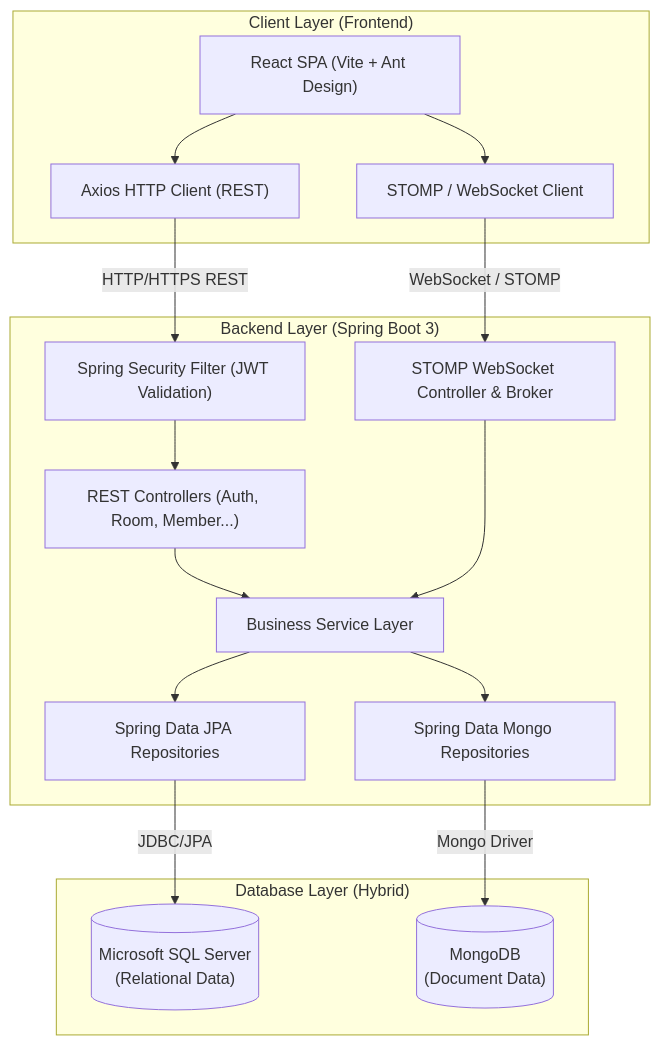
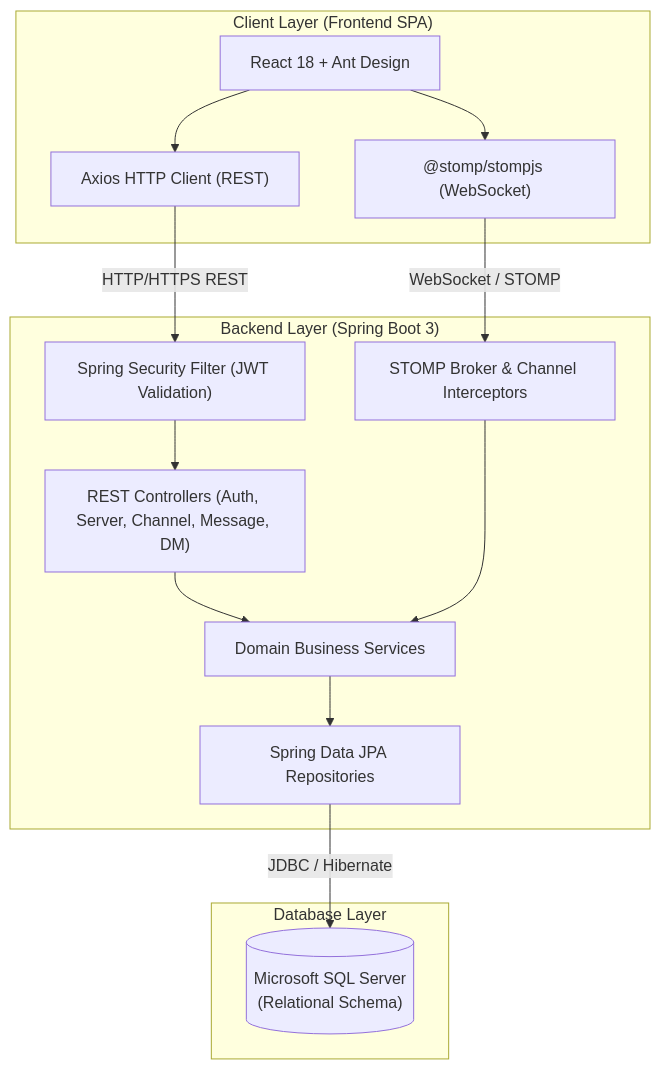
Before and after one commit to voanhbendjnd/den-app: the diagram in docs/02-SYSTEM-ARCHITECTURE.md, drawn with Mermaid. The commit also changed other lines of this file and 14 other files, not shown here.

Commit message:
feat: implement messaging service, repositories, authentication context, and documentation

````diff
--- a/docs/02-SYSTEM-ARCHITECTURE.md
+++ b/docs/02-SYSTEM-ARCHITECTURE.md
@@ -45,38 +29,33 @@
 ```mermaid
 graph TB
-    subgraph ClientLayer ["Client Layer (Frontend)"]
-        UI["React SPA (Vite + Ant Design)"]
+    subgraph ClientLayer ["Client Layer (Frontend SPA)"]
+        UI["React 18 + Ant Design"]
         AxiosClient["Axios HTTP Client (REST)"]
-        StompClient["STOMP / WebSocket Client"]
+        StompClient["@stomp/stompjs (WebSocket)"]
     end
 
     subgraph BackendLayer ["Backend Layer (Spring Boot 3)"]
         SecurityFilter["Spring Security Filter (JWT Validation)"]
-        RestControllers["REST Controllers (Auth, Room, Member...)"]
-        WsEndpoints["STOMP WebSocket Controller & Broker"]
-        Services["Business Service Layer"]
+        RestControllers["REST Controllers (Auth, Server, Channel, Message, DM)"]
+        WsEndpoints["STOMP Broker & Channel Interceptors"]
+        Services["Domain Business Services"]
         JpaRepo["Spring Data JPA Repositories"]
-        MongoRepo["Spring Data Mongo Repositories"]
     end
 
-    subgraph DatabaseLayer ["Database Layer (Hybrid)"]
-        SqlServer[("Microsoft SQL Server\n(Relational Data)")]
-        MongoDb[("MongoDB\n(Document Data)")]
+    subgraph DatabaseLayer ["Database Layer"]
+        SqlServer[("Microsoft SQL Server\n(Relational Schema)")]
     end
 
     UI --> AxiosClient
     UI --> StompClient
 
     AxiosClient -->|HTTP/HTTPS REST| SecurityFilter
     SecurityFilter --> RestControllers
     RestControllers --> Services
 
     StompClient -->|WebSocket / STOMP| WsEndpoints
     WsEndpoints --> Services
 
     Services --> JpaRepo
-    Services --> MongoRepo
-
-    JpaRepo -->|JDBC/JPA| SqlServer
-    MongoRepo -->|Mongo Driver| MongoDb
+    JpaRepo -->|JDBC / Hibernate| SqlServer
 ```
````
